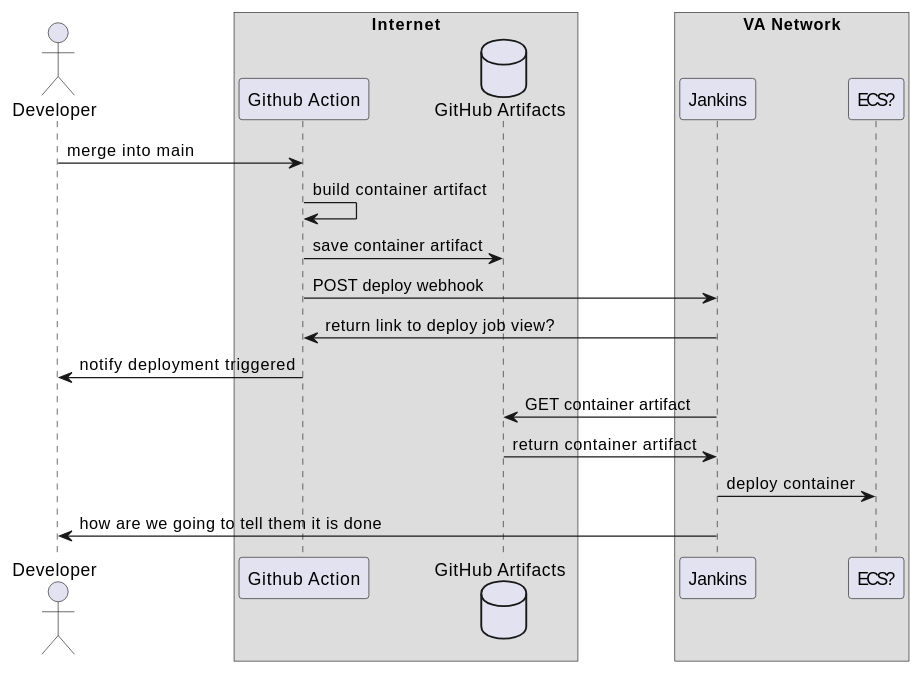
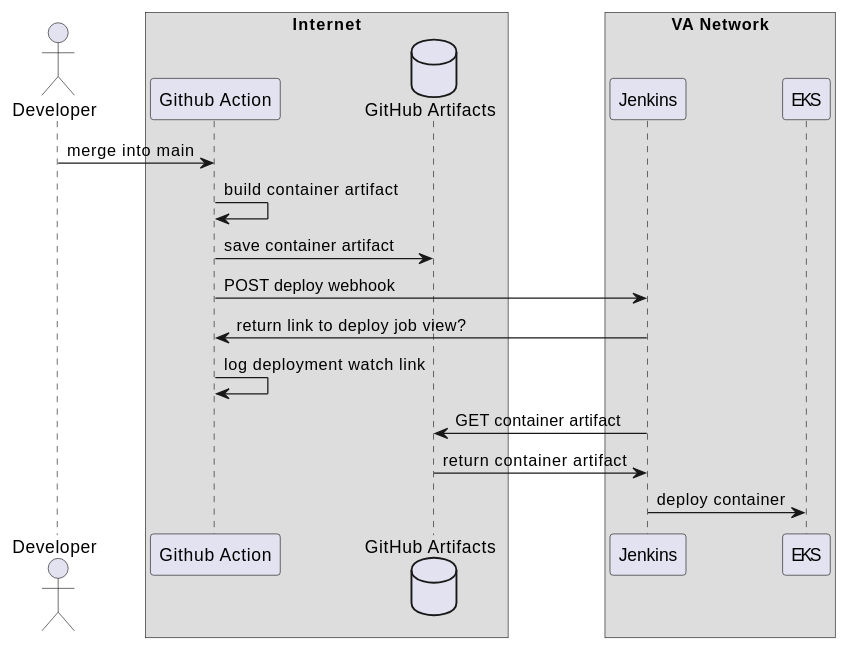
One commit to keyluck/lighthouse-backstage changed the first of 4 diagrams in docs/deployment.md. Above: the diagram before and after it, drawn with PlantUML. The commit also changed other lines of this file, not shown here.

````diff
--- a/docs/deployment.md
+++ b/docs/deployment.md
@@ -9,22 +9,20 @@
 ```plantuml
-
 actor Developer as dev 
 box "Internet"
 participant "Github Action" as builder
 database "GitHub Artifacts" as storage
 end box
 box VA Network
-participant "Jankins" as deployer
-participant "ECS?" as runner
+participant "Jenkins" as deployer
+participant "EKS" as runner
 end box
 dev->builder : merge into main
 builder->builder: build container artifact
 builder->storage : save container artifact
 builder->deployer: POST deploy webhook
 deployer->builder : return link to deploy job view?
-builder->dev : notify deployment triggered
+builder->builder : log deployment watch link
 deployer->storage : GET container artifact 
 storage->deployer : return container artifact
 deployer->runner : deploy container
-deployer->dev : how are we going to tell them it is done
 ```
````
